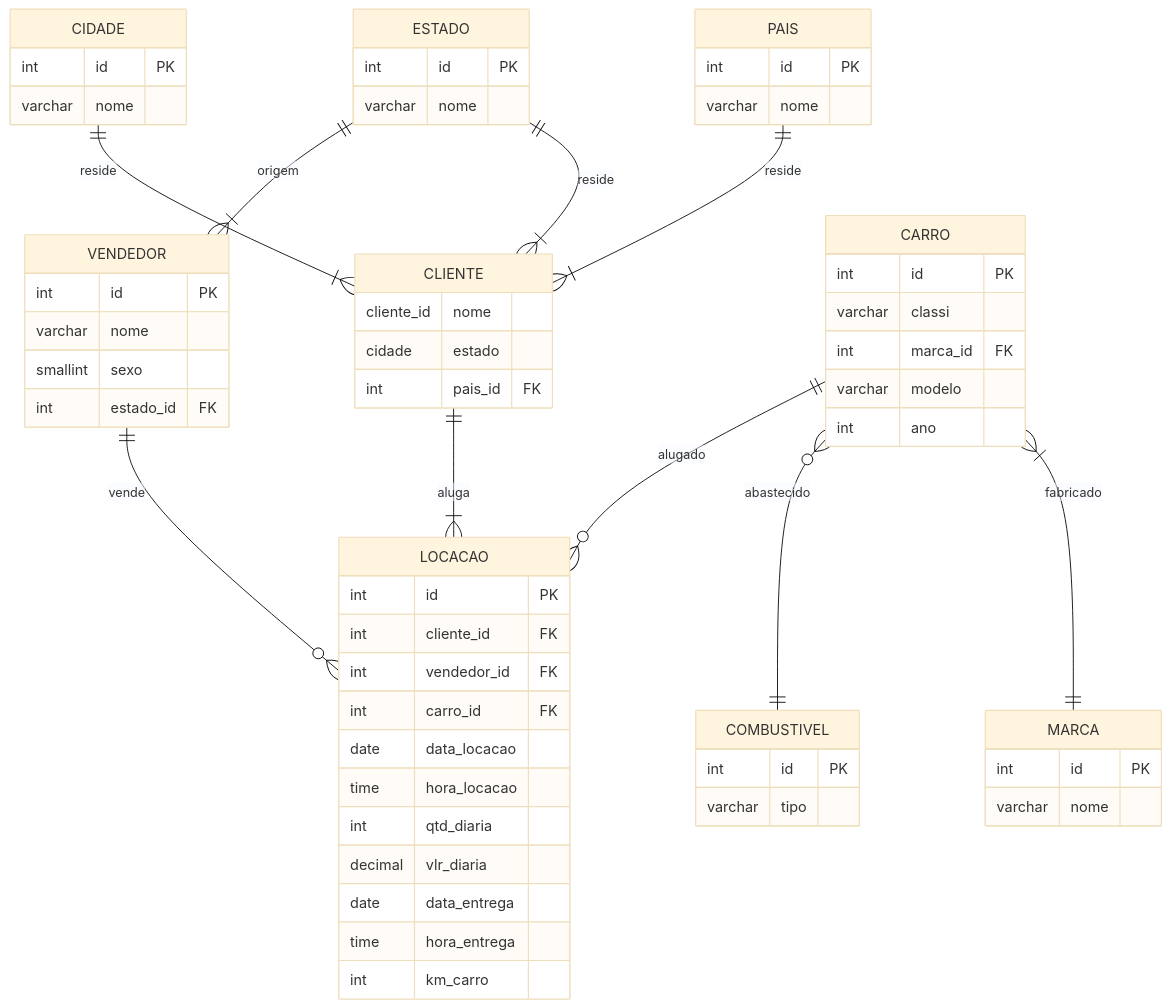
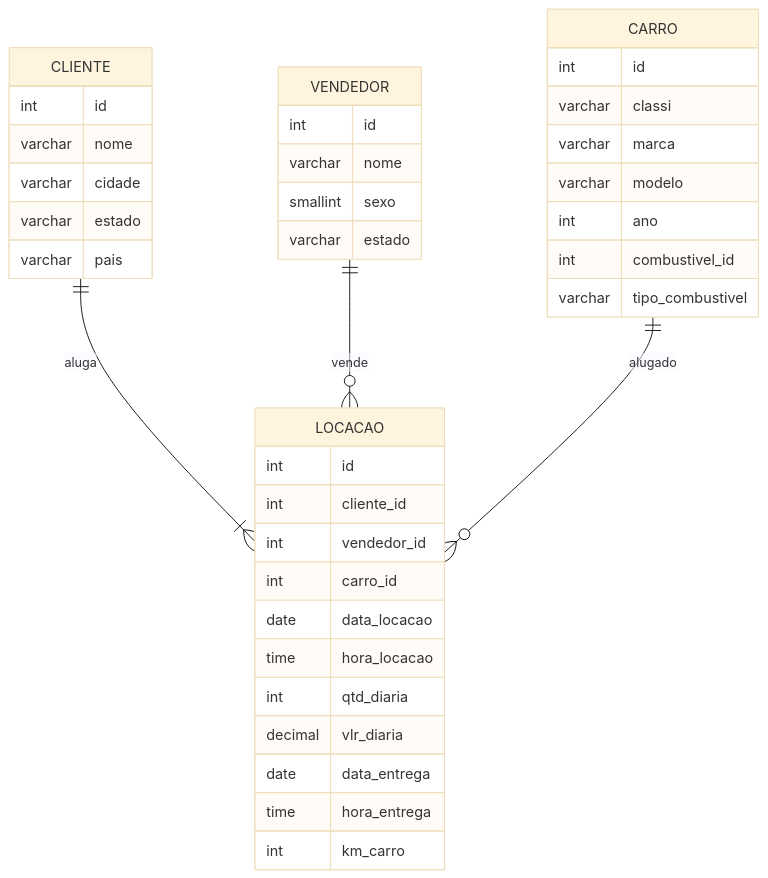
Before and after one commit to jqln-vc/compass-academy: the diagram in sprint2/desafio/README.md, drawn with Mermaid (base theme). The commit also changed 8 other files, not shown here.

Commit message:
finalizados scripts de normalização, modelagem star schema e snowflake schema

````diff
--- a/sprint2/desafio/README.md
+++ b/sprint2/desafio/README.md
@@ -39,65 +39,41 @@
 ```mermaid
 erDiagram
     CLIENTE ||--|{ LOCACAO : aluga
     CLIENTE {
-        cliente_id
-        nome
-        cidade
-        estado
-        int pais_id FK
+        int id
+        varchar nome
+        varchar cidade
+        varchar estado
+        varchar pais
     }
     VENDEDOR ||--o{ LOCACAO : vende
     VENDEDOR {
-        int id PK
+        int id
         varchar nome
         smallint sexo
-        int estado_id FK
+        varchar estado
     }
     LOCACAO {
-        int id PK
-        int cliente_id FK
-        int vendedor_id FK
-        int carro_id FK
+        int id
+        int cliente_id
+        int vendedor_id
+        int carro_id
         date data_locacao
         time hora_locacao
         int qtd_diaria
         decimal vlr_diaria
         date data_entrega
         time hora_entrega
         int km_carro
     }
     CARRO ||--o{ LOCACAO : alugado
     CARRO {
-        int id PK
+        int id
         varchar classi
-        int marca_id FK
+        varchar marca
         varchar modelo
         int ano
-    }
-    CARRO o{--|| COMBUSTIVEL : abastecido
-    COMBUSTIVEL {
-        int id PK
-        varchar tipo
-    }
-    CARRO |{--|| MARCA : fabricado
-    MARCA {
-        int id PK
-        varchar nome
-    }
-    ESTADO ||--|{ VENDEDOR : origem
-    ESTADO {
-        int id PK
-        varchar nome
-    }
-    ESTADO ||--|{ CLIENTE : reside
-    CIDADE ||--|{ CLIENTE : reside
-    CIDADE {
-        int id PK
-        varchar nome
-    }
-    PAIS ||--|{ CLIENTE : reside
-    PAIS {
-        int id PK
-        varchar nome
+        int combustivel_id
+        varchar tipo_combustivel
     }
 ```
````
